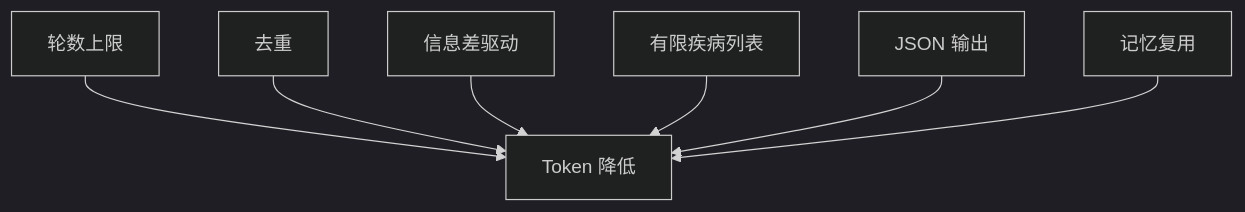
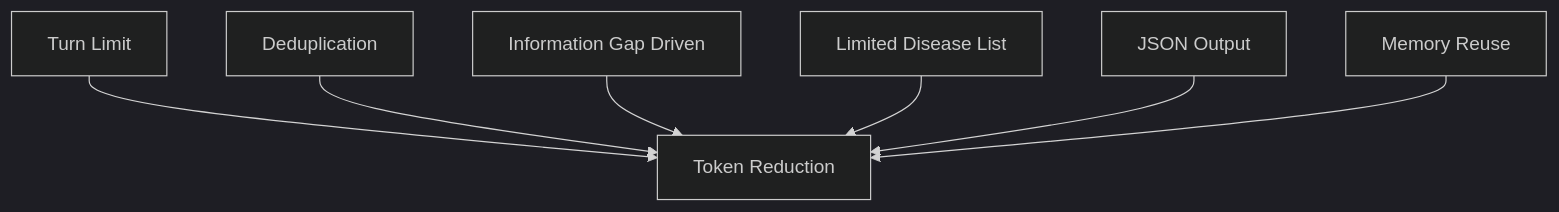
One commit to G1en-114/yixiao changed the fourth of 6 diagrams in docs_architecture.md. Above: the diagram before and after it, drawn with Mermaid (dark theme). The commit also changed other lines of this file and 90 other files, not shown here.

````diff
--- a/docs_architecture.md
+++ b/docs_architecture.md
@@ -135,9 +134,9 @@
 ```mermaid
 flowchart TD
-    A["轮数上限"] --> G["Token 降低"]
-    B["去重"] --> G
-    C["信息差驱动"] --> G
-    D["有限疾病列表"] --> G
-    E["JSON 输出"] --> G
-    F["记忆复用"] --> G
+    A["Turn Limit"] --> G["Token Reduction"]
+    B["Deduplication"] --> G
+    C["Information Gap Driven"] --> G
+    D["Limited Disease List"] --> G
+    E["JSON Output"] --> G
+    F["Memory Reuse"] --> G
 ```
````
